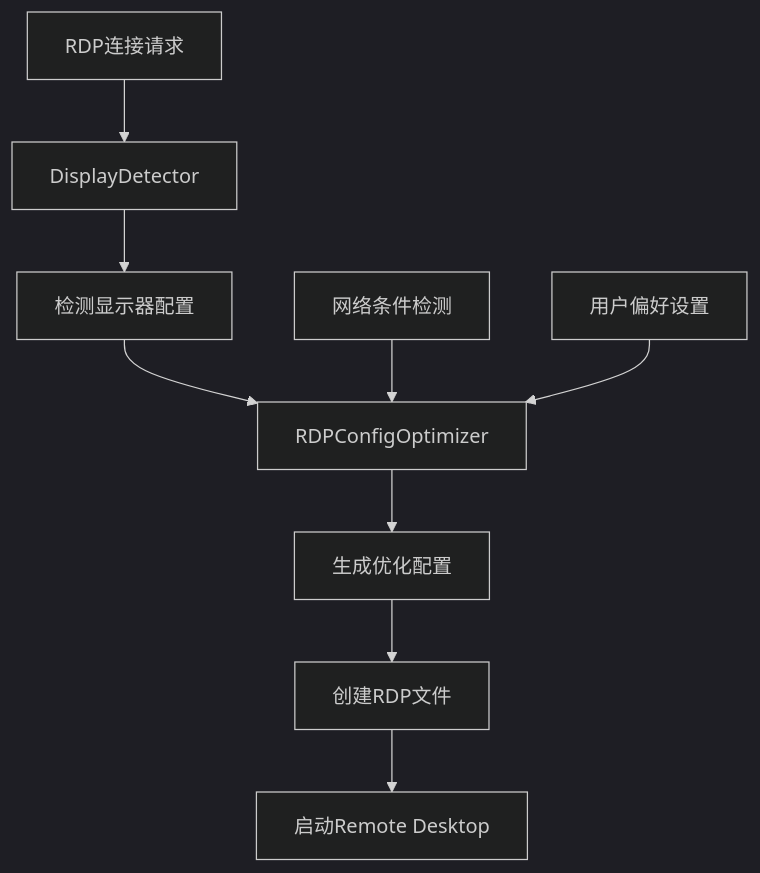
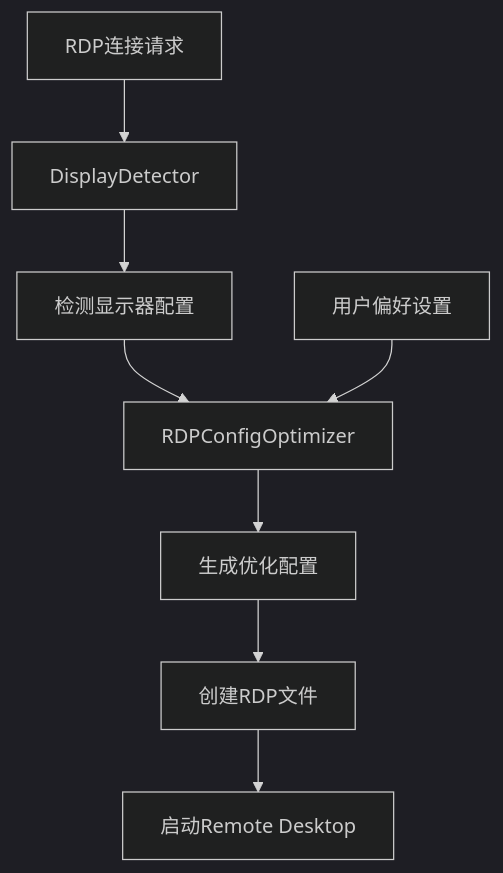
Before and after one commit to kylixs/JumpServerClient-MacOS-v2: the diagram in docs/analysis/rdp-display-optimization.md, drawn with Mermaid (dark theme). The commit also changed other lines of this file and 6 other files, not shown here.

````diff
--- a/docs/analysis/rdp-display-optimization.md
+++ b/docs/analysis/rdp-display-optimization.md
@@ -112,12 +107,11 @@
 ```mermaid
 graph TD
     A[RDP连接请求] --> B[DisplayDetector]
     B --> C[检测显示器配置]
     C --> D[RDPConfigOptimizer]
     D --> E[生成优化配置]
     E --> F[创建RDP文件]
     F --> G[启动Remote Desktop]
     
-    H[网络条件检测] --> D
     I[用户偏好设置] --> D
 ```
````
